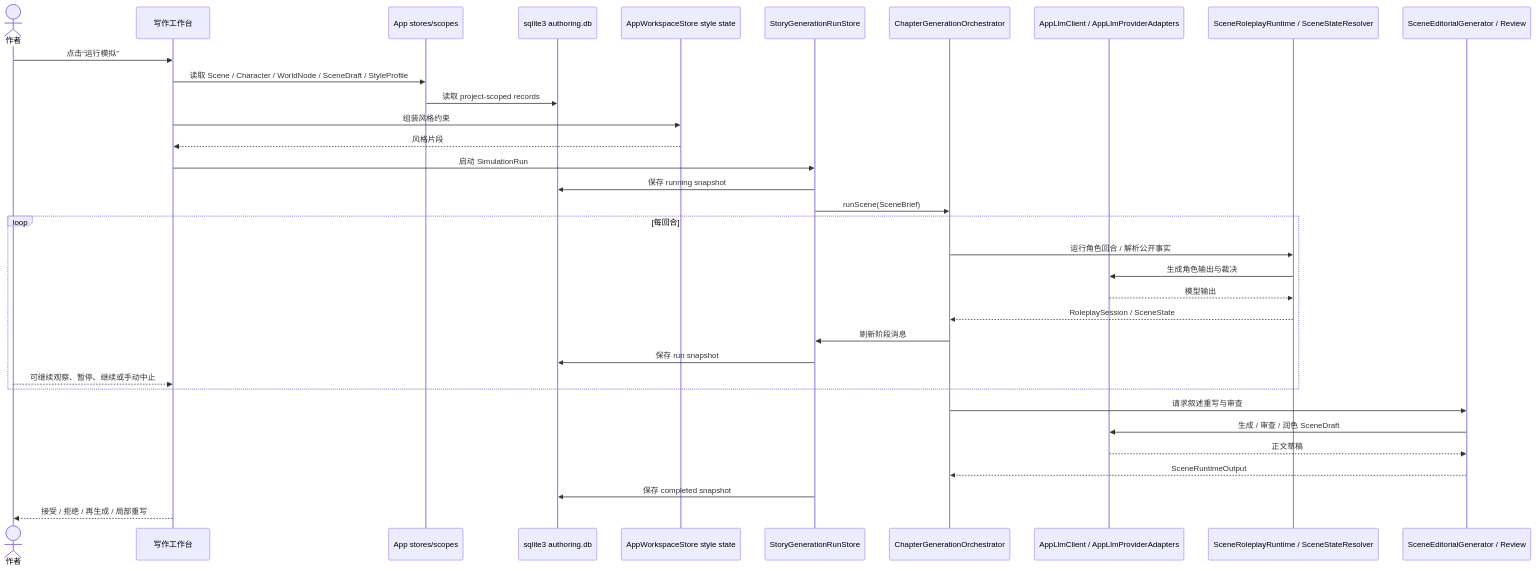
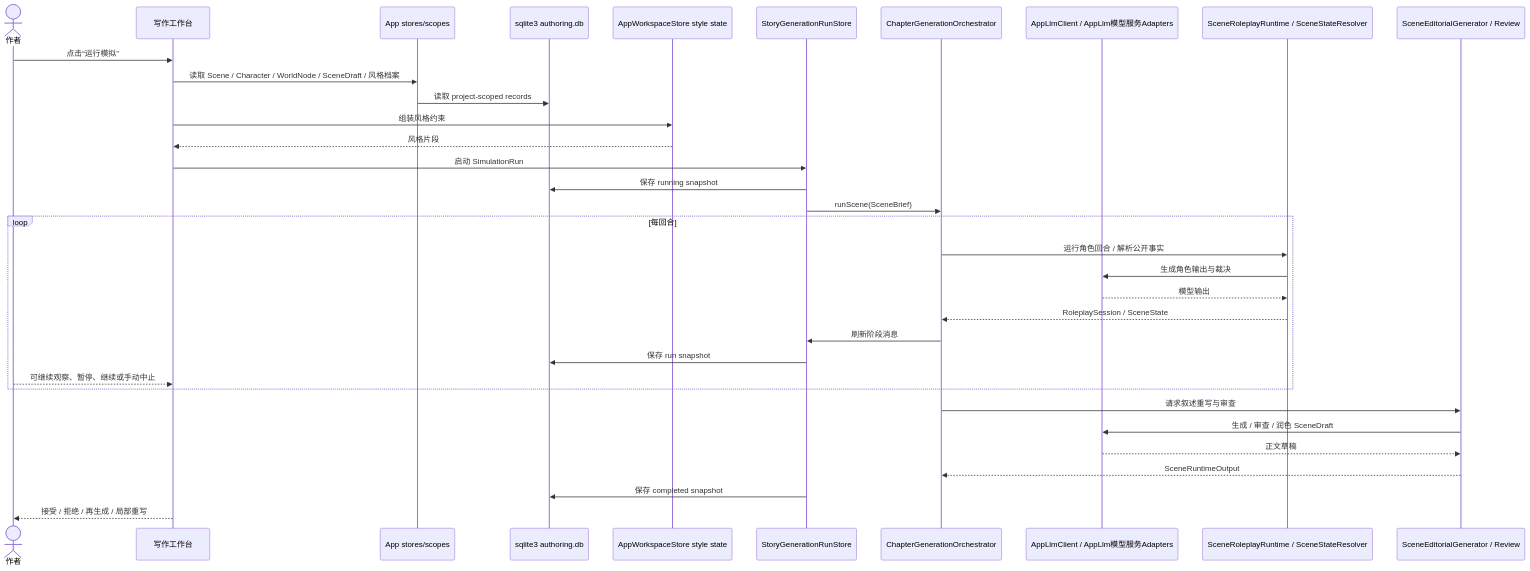
One commit to changw98ic/n0vel changed the second of 3 diagrams in docs/mvp/mvp-core-flows.md. Above: the diagram before and after it, drawn with Mermaid. The commit also changed other lines of this file and 152 other files, not shown here.

````diff
--- a/docs/mvp/mvp-core-flows.md
+++ b/docs/mvp/mvp-core-flows.md
@@ -208,37 +208,37 @@
 ```mermaid
 sequenceDiagram
     actor Author as 作者
     participant Workbench as 写作工作台
     participant Stores as App stores/scopes
     participant SQLite as sqlite3 authoring.db
     participant Style as AppWorkspaceStore style state
     participant RunStore as StoryGenerationRunStore
     participant Orchestrator as ChapterGenerationOrchestrator
-    participant Llm as AppLlmClient / AppLlmProviderAdapters
+    participant Llm as AppLlmClient / AppLlm模型服务Adapters
     participant Runtime as SceneRoleplayRuntime / SceneStateResolver
     participant Editorial as SceneEditorialGenerator / Review
 
     Author->>Workbench: 点击“运行模拟”
-    Workbench->>Stores: 读取 Scene / Character / WorldNode / SceneDraft / StyleProfile
+    Workbench->>Stores: 读取 Scene / Character / WorldNode / SceneDraft / 风格档案
     Stores->>SQLite: 读取 project-scoped records
     Workbench->>Style: 组装风格约束
     Style-->>Workbench: 风格片段
     Workbench->>RunStore: 启动 SimulationRun
     RunStore->>SQLite: 保存 running snapshot
     RunStore->>Orchestrator: runScene(SceneBrief)
     loop 每回合
         Orchestrator->>Runtime: 运行角色回合 / 解析公开事实
         Runtime->>Llm: 生成角色输出与裁决
         Llm-->>Runtime: 模型输出
         Runtime-->>Orchestrator: RoleplaySession / SceneState
         Orchestrator->>RunStore: 刷新阶段消息
         RunStore->>SQLite: 保存 run snapshot
         Author-->>Workbench: 可继续观察、暂停、继续或手动中止
     end
     Orchestrator->>Editorial: 请求叙述重写与审查
     Editorial->>Llm: 生成 / 审查 / 润色 SceneDraft
     Llm-->>Editorial: 正文草稿
     Editorial-->>Orchestrator: SceneRuntimeOutput
     RunStore->>SQLite: 保存 completed snapshot
     Workbench-->>Author: 接受 / 拒绝 / 再生成 / 局部重写
 ```
````
